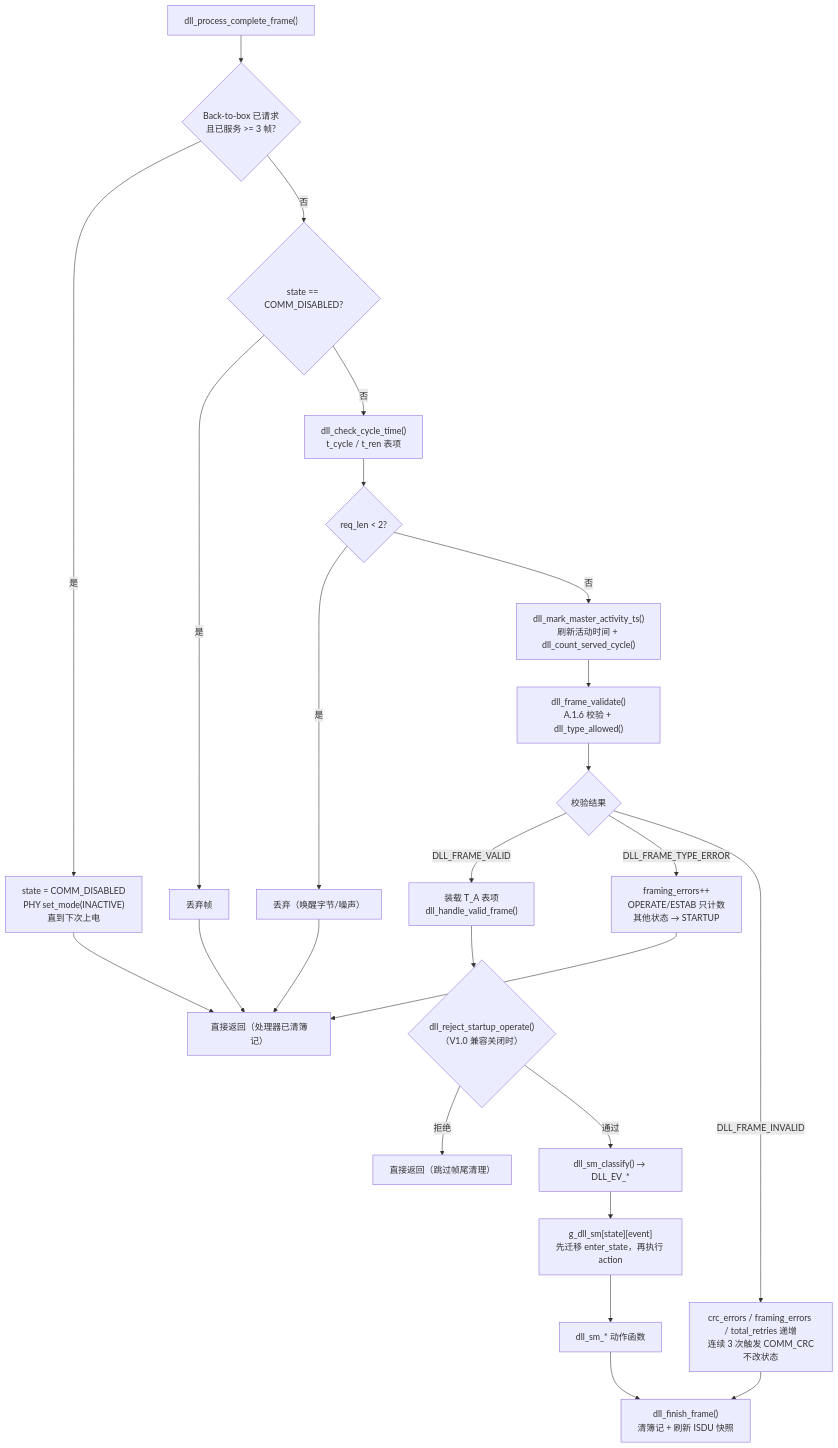
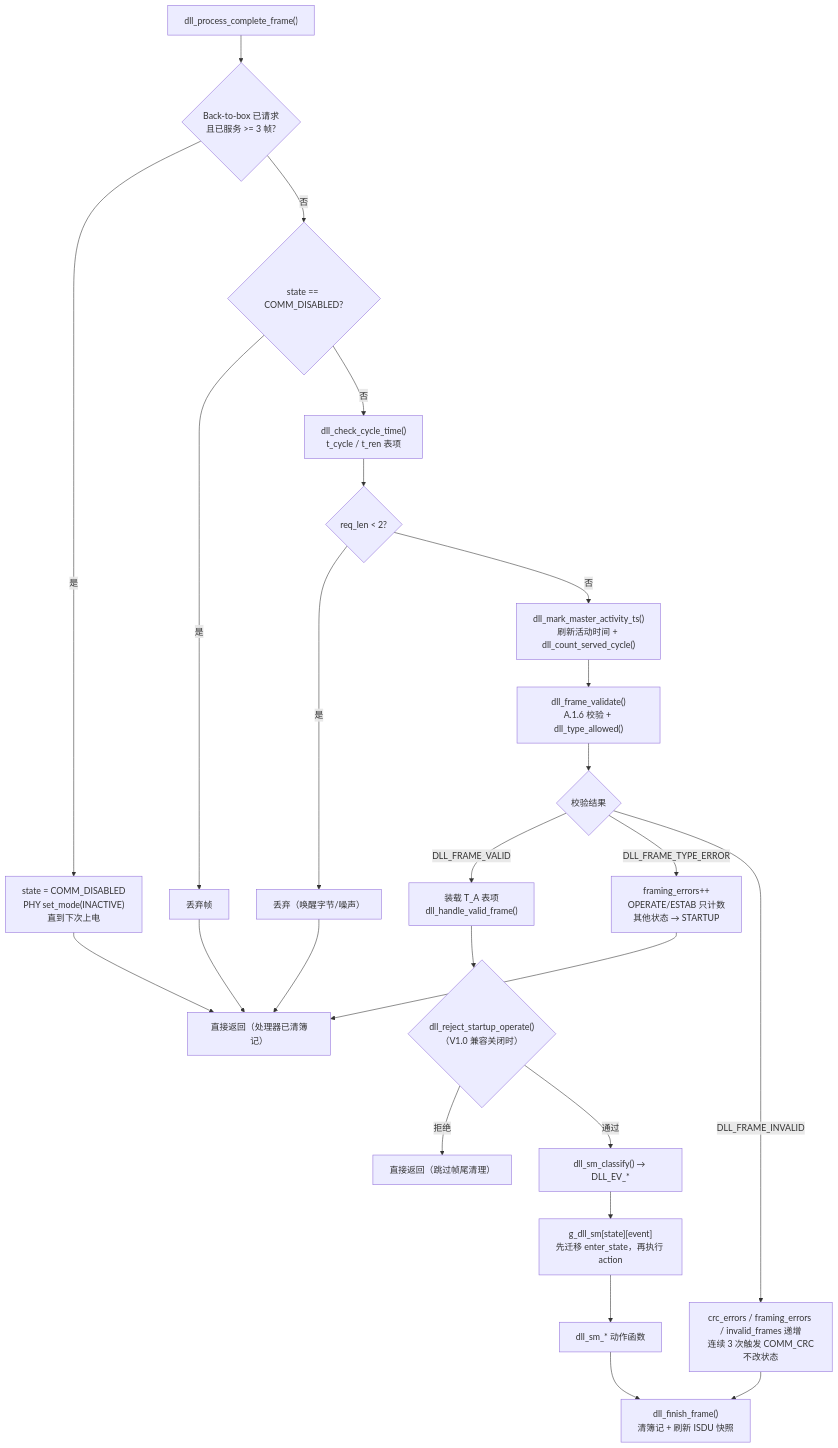
One commit to Adlyq/iolinki changed the sixth of 17 diagrams in docs/CODE_FLOW.md. Above: the diagram before and after it, drawn with Mermaid. The commit also changed other lines of this file and 13 other files, not shown here.

First line of the commit message:
refactor(dll)!: report the ISR counters and rename the invalid-frame count

````diff
--- a/docs/CODE_FLOW.md
+++ b/docs/CODE_FLOW.md
@@ -407,27 +407,27 @@
 ```mermaid
 flowchart TD
     A["dll_process_complete_frame()"] --> B{"Back-to-box 已请求<br/>且已服务 >= 3 帧?"}
     B -- 是 --> B1["state = COMM_DISABLED<br/>PHY set_mode(INACTIVE)<br/>直到下次上电"]
     B -- 否 --> C{"state == COMM_DISABLED?"}
     C -- 是 --> C1["丢弃帧"]
     C -- 否 --> D["dll_check_cycle_time()<br/>t_cycle / t_ren 表项"]
     D --> E{"req_len < 2?"}
     E -- 是 --> E1["丢弃（唤醒字节/噪声）"]
     E -- 否 --> F["dll_mark_master_activity_ts()<br/>刷新活动时间 + dll_count_served_cycle()"]
     F --> G["dll_frame_validate()<br/>A.1.6 校验 + dll_type_allowed()"]
     G --> H{"校验结果"}
     H -- "DLL_FRAME_VALID" --> I["装载 T_A 表项<br/>dll_handle_valid_frame()"]
     H -- "DLL_FRAME_TYPE_ERROR" --> J["framing_errors++<br/>OPERATE/ESTAB 只计数<br/>其他状态 → STARTUP"]
-    H -- "DLL_FRAME_INVALID" --> K["crc_errors / framing_errors / total_retries 递增<br/>连续 3 次触发 COMM_CRC<br/>不改状态"]
+    H -- "DLL_FRAME_INVALID" --> K["crc_errors / framing_errors / invalid_frames 递增<br/>连续 3 次触发 COMM_CRC<br/>不改状态"]
     I --> L{"dll_reject_startup_operate()<br/>（V1.0 兼容关闭时）"}
     L -- 拒绝 --> M["直接返回（跳过帧尾清理）"]
     L -- 通过 --> N["dll_sm_classify() → DLL_EV_*"]
     N --> O["g_dll_sm[state][event]<br/>先迁移 enter_state，再执行 action"]
     O --> P["dll_sm_* 动作函数"]
     P --> Q["dll_finish_frame()<br/>清簿记 + 刷新 ISDU 快照"]
     J --> R["直接返回（处理器已清簿记）"]
     K --> Q
     B1 --> R
     C1 --> R
     E1 --> R
 ```
````
